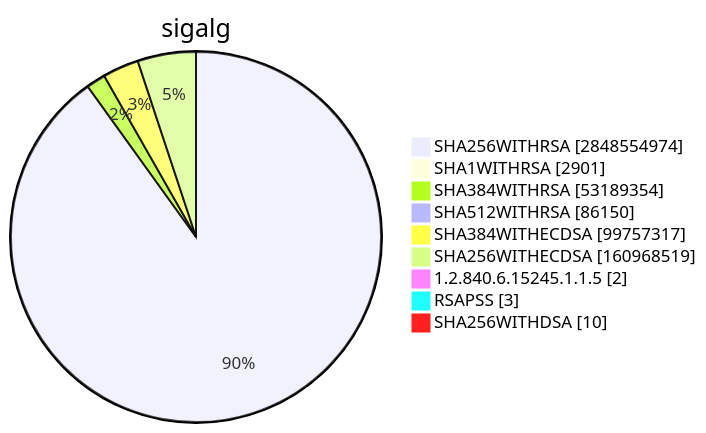
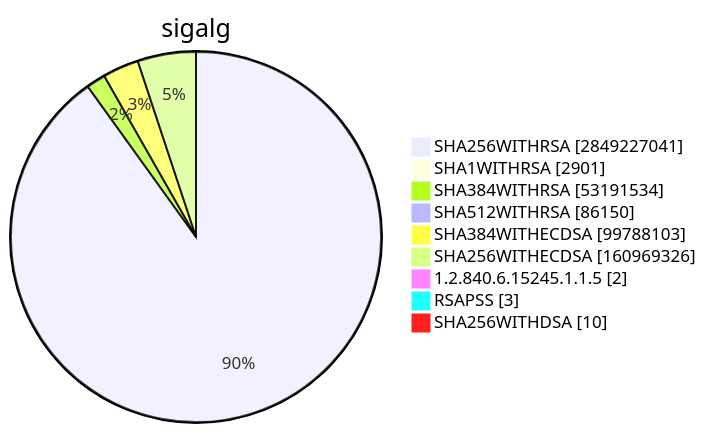
Before and after one commit to christiankrug/ctmonitor_visualization: diagram 15 of 15 in TOTAL/README.md, drawn with Mermaid. The commit also changed other lines of this file, not shown here.

````diff
--- a/TOTAL/README.md
+++ b/TOTAL/README.md
@@ -6207,13 +6207,13 @@
 ```mermaid
 pie showData
 title sigalg
-"SHA256WITHRSA" :2848554974
+"SHA256WITHRSA" :2849227041
 "SHA1WITHRSA" :2901
-"SHA384WITHRSA" :53189354
+"SHA384WITHRSA" :53191534
 "SHA512WITHRSA" :86150
-"SHA384WITHECDSA" :99757317
-"SHA256WITHECDSA" :160968519
+"SHA384WITHECDSA" :99788103
+"SHA256WITHECDSA" :160969326
 "1.2.840.6.15245.1.1.5" :2
 "RSAPSS" :3
 "SHA256WITHDSA" :10
 ```
````
